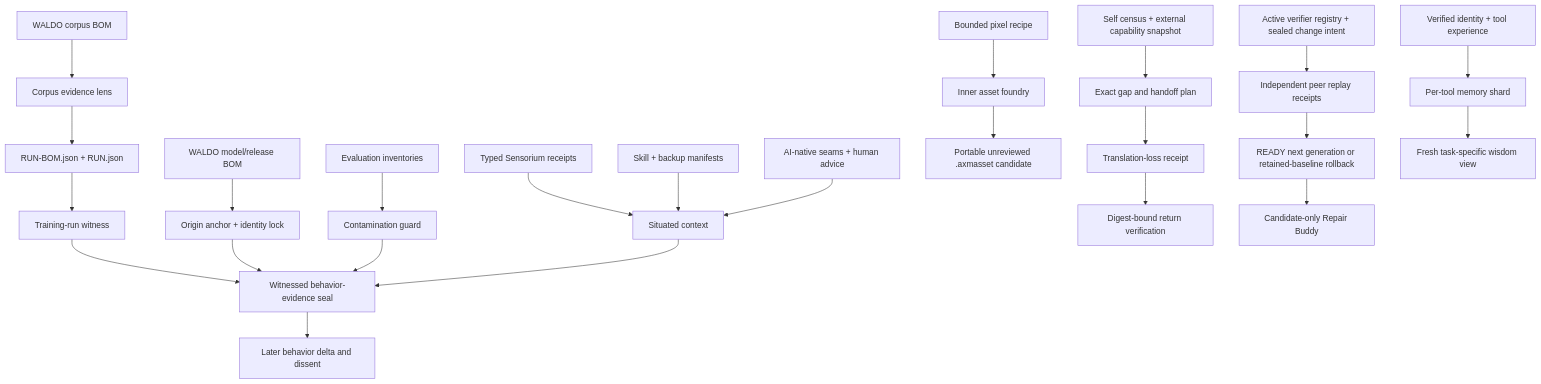
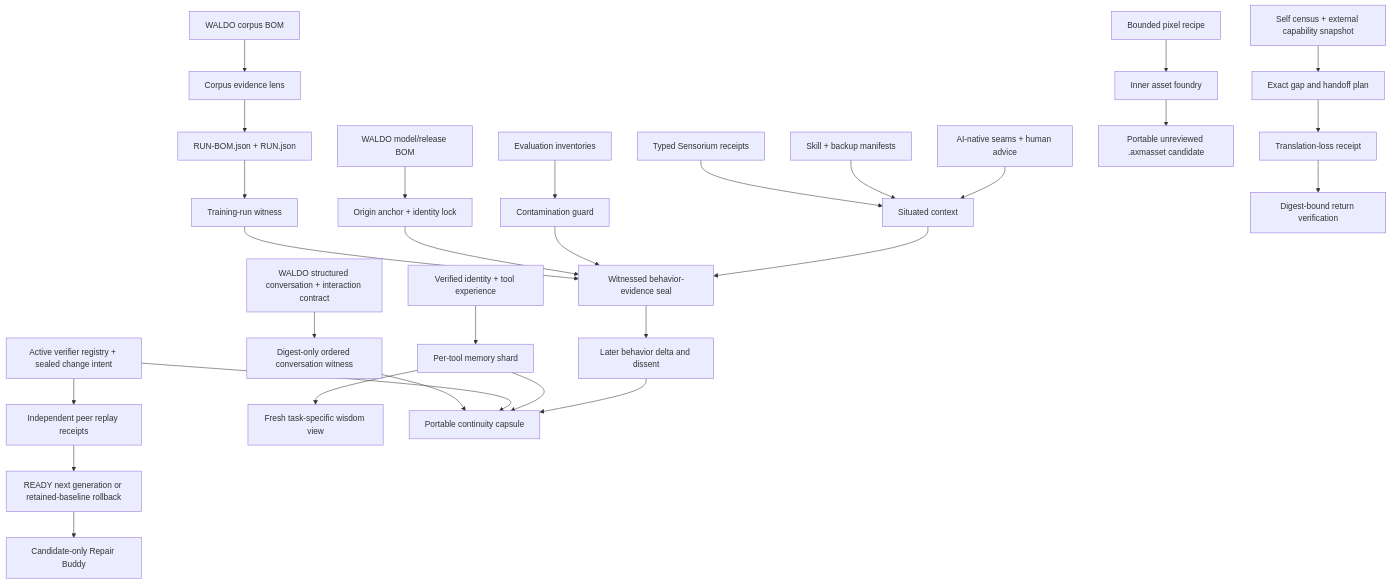
One commit to mike-axiom-mir/waldo-axm-mirror-research changed the diagram in AXM_MIRROR_EXPERIMENT.md. Above: the diagram before and after it, drawn with Mermaid. The commit also changed other lines of this file, not shown here.

Commit message:
axm: advance experiment map to v0.9 continuity spine

````diff
--- a/AXM_MIRROR_EXPERIMENT.md
+++ b/AXM_MIRROR_EXPERIMENT.md
@@ -38,26 +41,31 @@
 ```mermaid
 flowchart TD
     A["WALDO corpus BOM"] --> B["Corpus evidence lens"]
     B --> C["RUN-BOM.json + RUN.json"]
     C --> D["Training-run witness"]
     E["WALDO model/release BOM"] --> F["Origin anchor + identity lock"]
     D --> G["Witnessed behavior-evidence seal"]
     F --> G
     H["Evaluation inventories"] --> I["Contamination guard"]
     I --> G
     K["Typed Sensorium receipts"] --> L["Situated context"]
     M["Skill + backup manifests"] --> L
     N["AI-native seams + human advice"] --> L
     L --> G
     G --> J["Later behavior delta and dissent"]
     O["Bounded pixel recipe"] --> P["Inner asset foundry"]
     P --> Q["Portable unreviewed .axmasset candidate"]
     R["Self census + external capability snapshot"] --> S["Exact gap and handoff plan"]
     S --> T["Translation-loss receipt"]
     T --> U["Digest-bound return verification"]
     V["Active verifier registry + sealed change intent"] --> W["Independent peer replay receipts"]
     W --> X["READY next generation or retained-baseline rollback"]
     X --> Y["Candidate-only Repair Buddy"]
     Z["Verified identity + tool experience"] --> AA["Per-tool memory shard"]
     AA --> AB["Fresh task-specific wisdom view"]
+    AC["WALDO structured conversation + interaction contract"] --> AD["Digest-only ordered conversation witness"]
+    AD --> AE["Portable continuity capsule"]
+    V --> AE
+    AA --> AE
+    J --> AE
 ```
````
